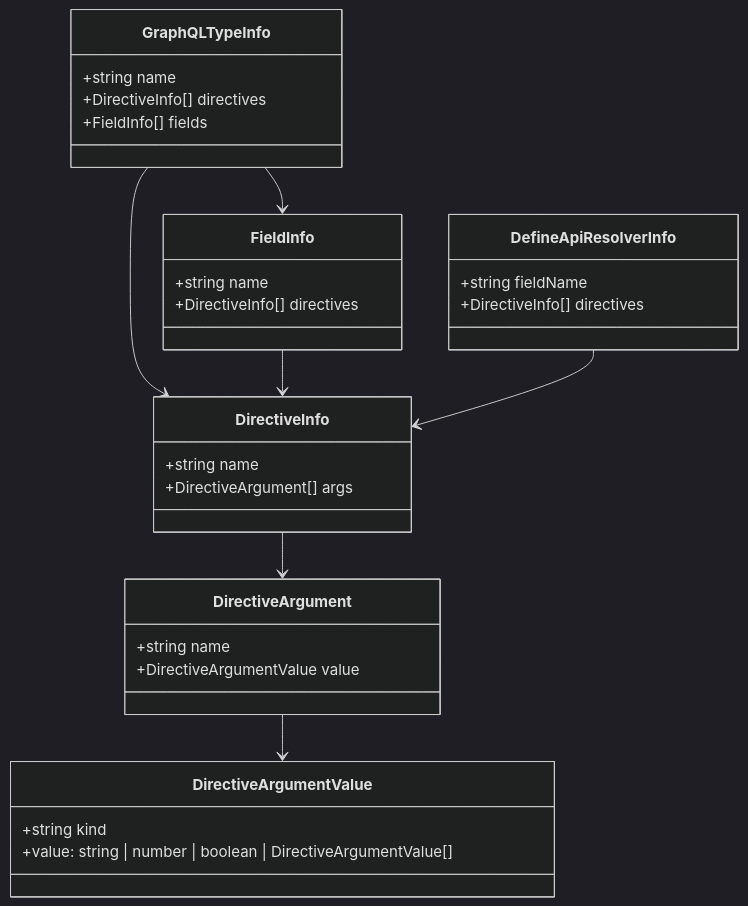
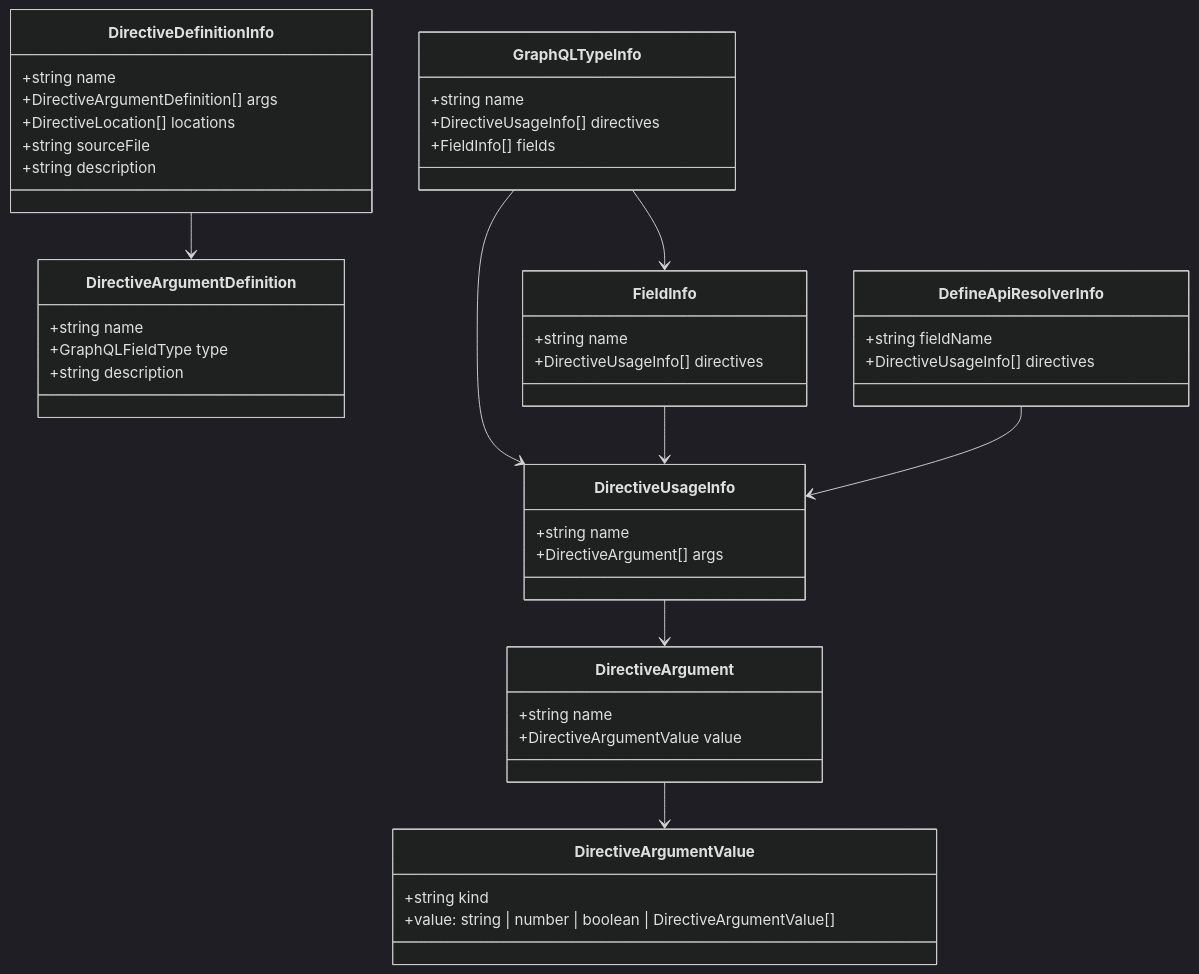
One commit to izumin5210/gqlkit changed the third of 3 diagrams in .kiro/specs/graphql-directive-support/design.md. Above: the diagram before and after it, drawn with Mermaid (dark theme). The commit also changed other lines of this file and 33 other files, not shown here.

First line of the commit message:
feat(cli): add directive Location validation and fix generic type handling

````diff
--- a/.kiro/specs/graphql-directive-support/design.md
+++ b/.kiro/specs/graphql-directive-support/design.md
@@ -413,35 +635,55 @@
 ```mermaid
 classDiagram
-    class DirectiveInfo {
+    class DirectiveDefinitionInfo {
+        +string name
+        +DirectiveArgumentDefinition[] args
+        +DirectiveLocation[] locations
+        +string sourceFile
+        +string description
+    }
+
+    class DirectiveArgumentDefinition {
+        +string name
+        +GraphQLFieldType type
+        +string description
+    }
+
+    class DirectiveUsageInfo {
         +string name
         +DirectiveArgument[] args
     }
+
     class DirectiveArgument {
         +string name
         +DirectiveArgumentValue value
     }
+
     class DirectiveArgumentValue {
         +string kind
         +value: string | number | boolean | DirectiveArgumentValue[]
     }
+
     class GraphQLTypeInfo {
         +string name
-        +DirectiveInfo[] directives
+        +DirectiveUsageInfo[] directives
         +FieldInfo[] fields
     }
+
     class FieldInfo {
         +string name
-        +DirectiveInfo[] directives
+        +DirectiveUsageInfo[] directives
     }
+
     class DefineApiResolverInfo {
         +string fieldName
-        +DirectiveInfo[] directives
+        +DirectiveUsageInfo[] directives
     }
 
-    DirectiveInfo --> DirectiveArgument
+    DirectiveDefinitionInfo --> DirectiveArgumentDefinition
+    DirectiveUsageInfo --> DirectiveArgument
     DirectiveArgument --> DirectiveArgumentValue
-    GraphQLTypeInfo --> DirectiveInfo
+    GraphQLTypeInfo --> DirectiveUsageInfo
     GraphQLTypeInfo --> FieldInfo
-    FieldInfo --> DirectiveInfo
-    DefineApiResolverInfo --> DirectiveInfo
+    FieldInfo --> DirectiveUsageInfo
+    DefineApiResolverInfo --> DirectiveUsageInfo
 ```
````
